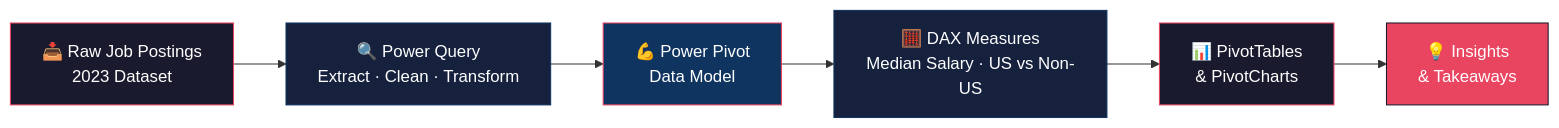
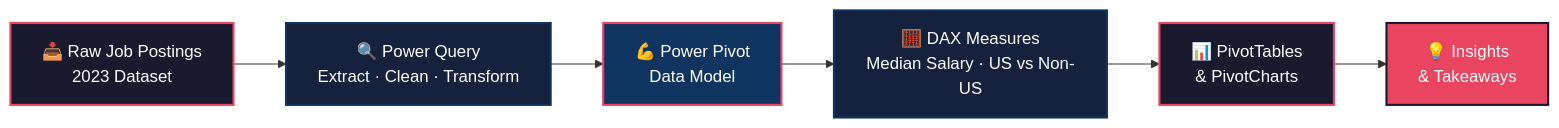
One commit to shadow-byte-warrior/Project_Analystics changed the diagram in README.md. Above: the diagram before and after it, drawn with Mermaid. The commit also changed other lines of this file, not shown here.

````diff
--- a/README.md
+++ b/README.md
@@ -67,15 +121,15 @@
 ```mermaid
 flowchart LR
-    A["📥 Raw Job Postings\n2023 Dataset"] --> B["🔍 Power Query\nExtract · Clean · Transform"]
-    B --> C["💪 Power Pivot\nData Model"]
-    C --> D["🧮 DAX Measures\nMedian Salary · US vs Non-US"]
-    D --> E["📊 PivotTables\n& PivotCharts"]
-    E --> F["💡 Insights\n& Takeaways"]
+    A["📥 Raw Job Postings<br/>2023 Dataset"] --> B["🔍 Power Query<br/>Extract · Clean · Transform"]
+    B --> C["💪 Power Pivot<br/>Data Model"]
+    C --> D["🧮 DAX Measures<br/>Median Salary · US vs Non-US"]
+    D --> E["📊 PivotTables<br/>& PivotCharts"]
+    E --> F["💡 Insights<br/>& Takeaways"]
 
-    style A fill:#1a1a2e,stroke:#e94560,color:#fff
-    style B fill:#16213e,stroke:#0f3460,color:#fff
-    style C fill:#0f3460,stroke:#e94560,color:#fff
-    style D fill:#16213e,stroke:#0f3460,color:#fff
-    style E fill:#1a1a2e,stroke:#e94560,color:#fff
-    style F fill:#e94560,stroke:#1a1a2e,color:#fff
+    style A fill:#1a1a2e,stroke:#e94560,stroke-width:2px,color:#fff
+    style B fill:#16213e,stroke:#0f3460,stroke-width:2px,color:#fff
+    style C fill:#0f3460,stroke:#e94560,stroke-width:2px,color:#fff
+    style D fill:#16213e,stroke:#0f3460,stroke-width:2px,color:#fff
+    style E fill:#1a1a2e,stroke:#e94560,stroke-width:2px,color:#fff
+    style F fill:#e94560,stroke:#1a1a2e,stroke-width:2px,color:#fff
 ```
````
